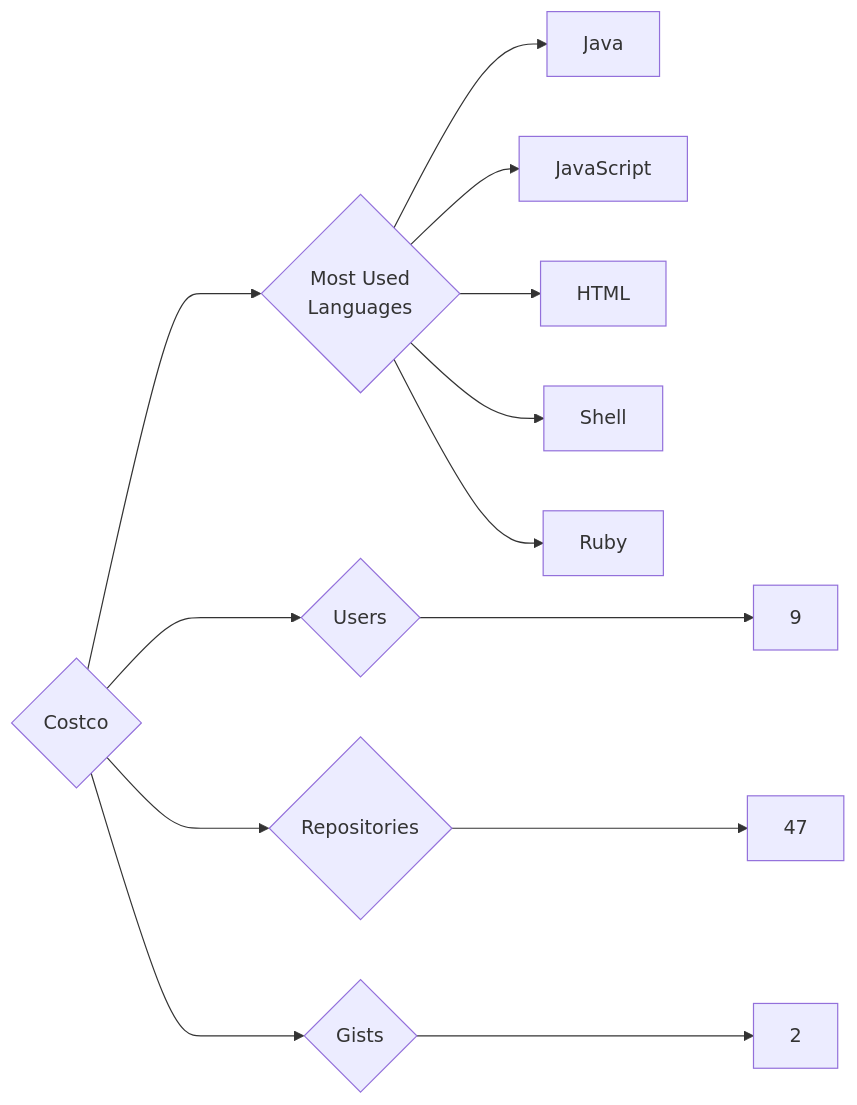
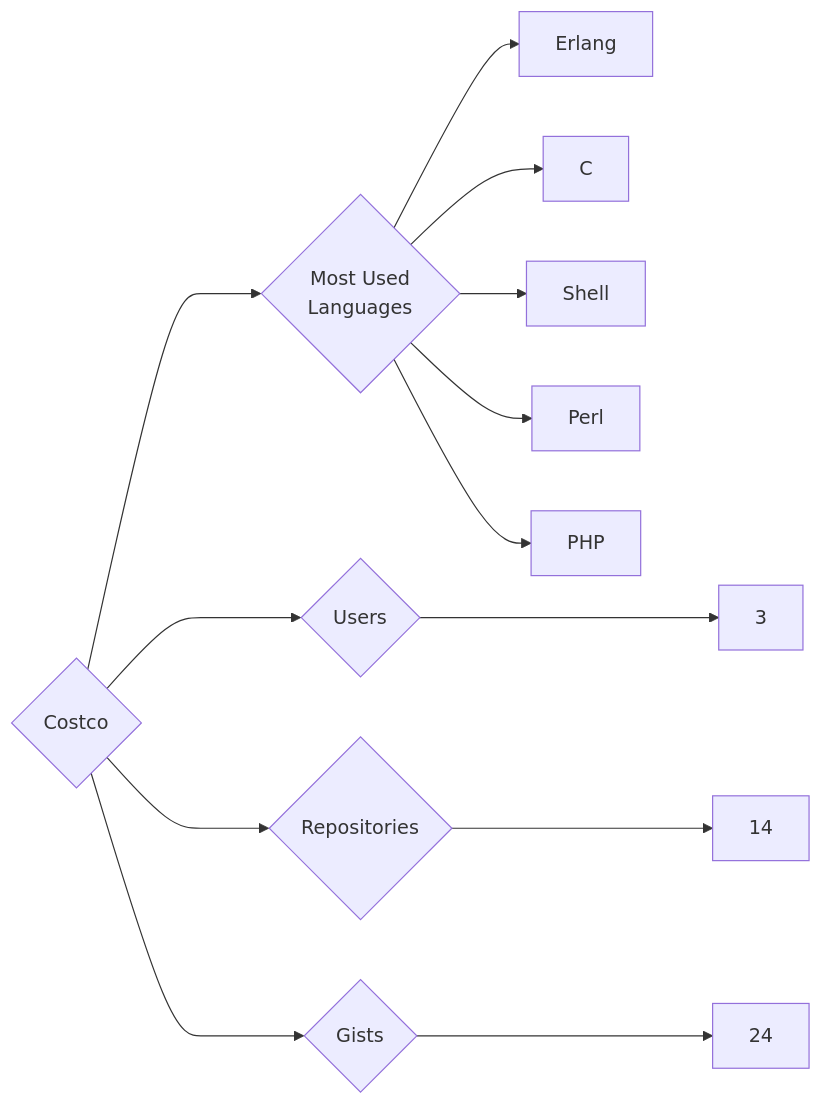
One commit to trickest/insiders changed the diagram in targets/Costco/README.md. Above: the diagram before and after it, drawn with Mermaid. The commit also changed 998 other files, not shown here.

````diff
--- a/targets/Costco/README.md
+++ b/targets/Costco/README.md
@@ -3,13 +3,13 @@
 ```mermaid
 graph LR
 COMPANY_NAME{Costco}
-COMPANY_NAME ---> U{Users} ---> UN[9]
-COMPANY_NAME ---> R{Repositories} ---> RN[47]
-COMPANY_NAME ---> G{Gists} ---> GN[2]
+COMPANY_NAME ---> U{Users} ---> UN[3]
+COMPANY_NAME ---> R{Repositories} ---> RN[14]
+COMPANY_NAME ---> G{Gists} ---> GN[24]
 COMPANY_NAME ---> ML{Most Used<br>Languages}
-ML --> Java[Java]
-ML --> JavaScript[JavaScript]
-ML --> HTML[HTML]
+ML --> Erlang[Erlang]
+ML --> C[C]
 ML --> Shell[Shell]
-ML --> Ruby[Ruby]
+ML --> Perl[Perl]
+ML --> PHP[PHP]
 ```
````
